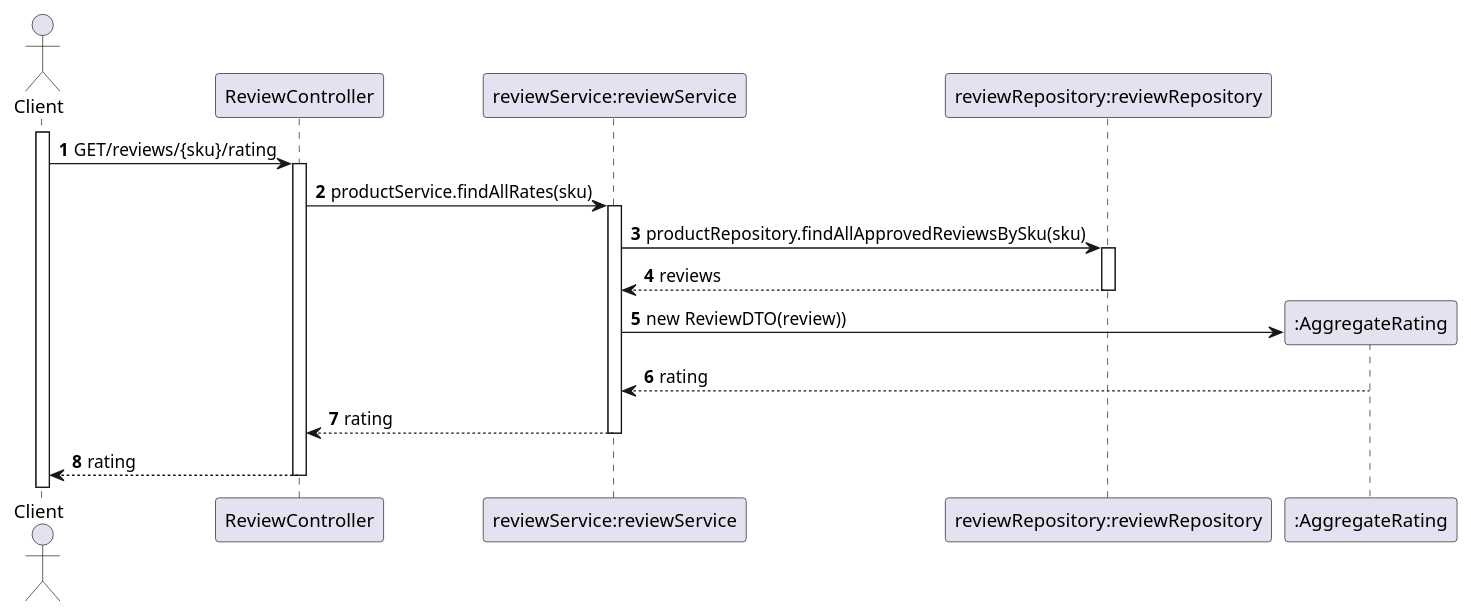
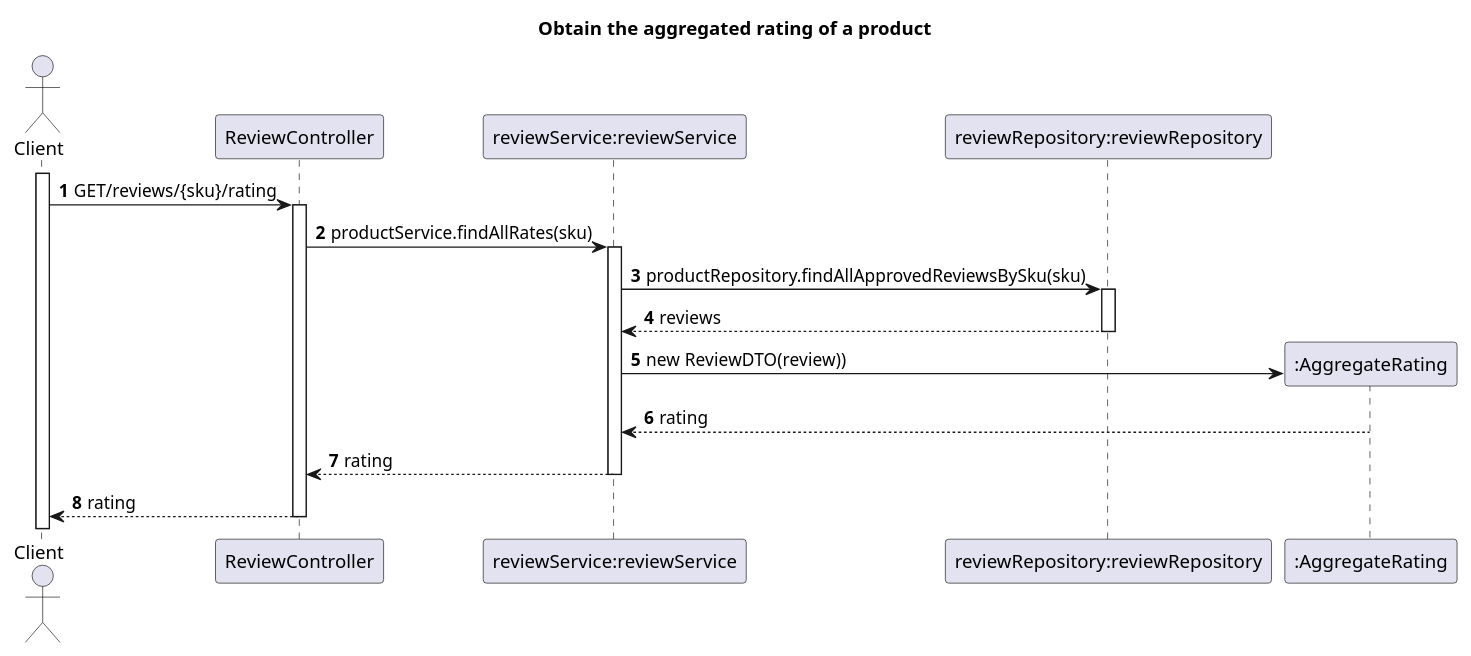
The diagram in Docs/US12-SD.puml (TiagoNora/SIDIS-Docs), drawn with PlantUML before and after one commit. The commit also changed 5 other files, not shown here.

```diff
--- a/Docs/US12-SD.puml
+++ b/Docs/US12-SD.puml
@@ -1,28 +1,30 @@
 @startuml
 'https://plantuml.com/sequence-diagram
+
+title Obtain the aggregated rating of a product
 
 autoactivate on
 autonumber
 
 actor "Client" as Client
 participant "ReviewController" as Ctrl
 participant "reviewService:reviewService" as Svc
 participant "reviewRepository:reviewRepository" as Repo
 participant ":AggregateRating" as aggregateRating
 
 activate Client
 
 Client -> Ctrl : GET/reviews/{sku}/rating
 Ctrl -> Svc : productService.findAllRates(sku)
 Svc -> Repo: productRepository.findAllApprovedReviewsBySku(sku)
 Repo --> Svc: reviews
 Svc -> aggregateRating**: new ReviewDTO(review))
 aggregateRating --> Svc: rating
 Svc --> Ctrl: rating
 Ctrl --> Client: rating
 
 
 
 
 
 @enduml
```
